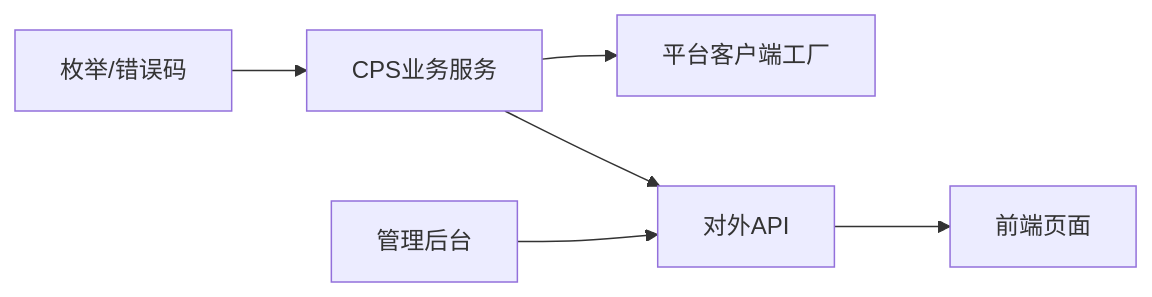
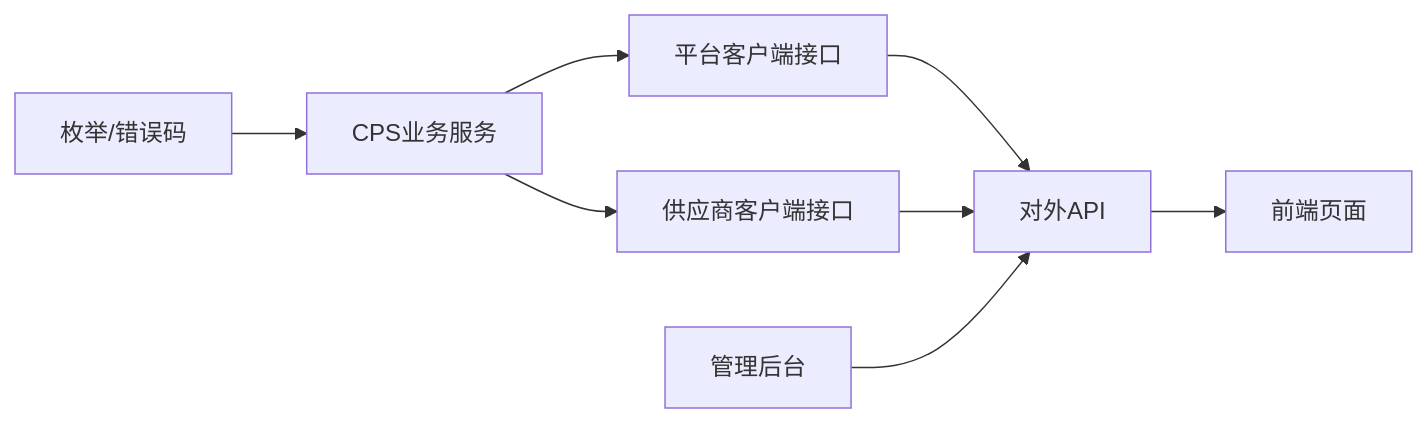
One commit to zhuangpengLI/AgenticCPS changed diagram 11 of 11 in .qoder/repowiki/zh/content/后端服务架构/业务模块概览/CPS业务模块/CPS业务概述.md. Above: the diagram before and after it, drawn with Mermaid. The commit also changed other lines of this file and 9 other files, not shown here.

````diff
--- a/.qoder/repowiki/zh/content/后端服务架构/业务模块概览/CPS业务模块/CPS业务概述.md
+++ b/.qoder/repowiki/zh/content/后端服务架构/业务模块概览/CPS业务模块/CPS业务概述.md
@@ -504,8 +697,10 @@
 ```mermaid
 graph LR
 ENUMS["枚举/错误码"] --> SVC["CPS业务服务"]
-SVC --> CLIENT["平台客户端工厂"]
-SVC --> API["对外API"]
+SVC --> PLATFORM_CLIENT["平台客户端接口"]
+SVC --> VENDOR_CLIENT["供应商客户端接口"]
+PLATFORM_CLIENT --> API["对外API"]
+VENDOR_CLIENT --> API
 API --> FE["前端页面"]
 OP["管理后台"] --> API
 ```
````
